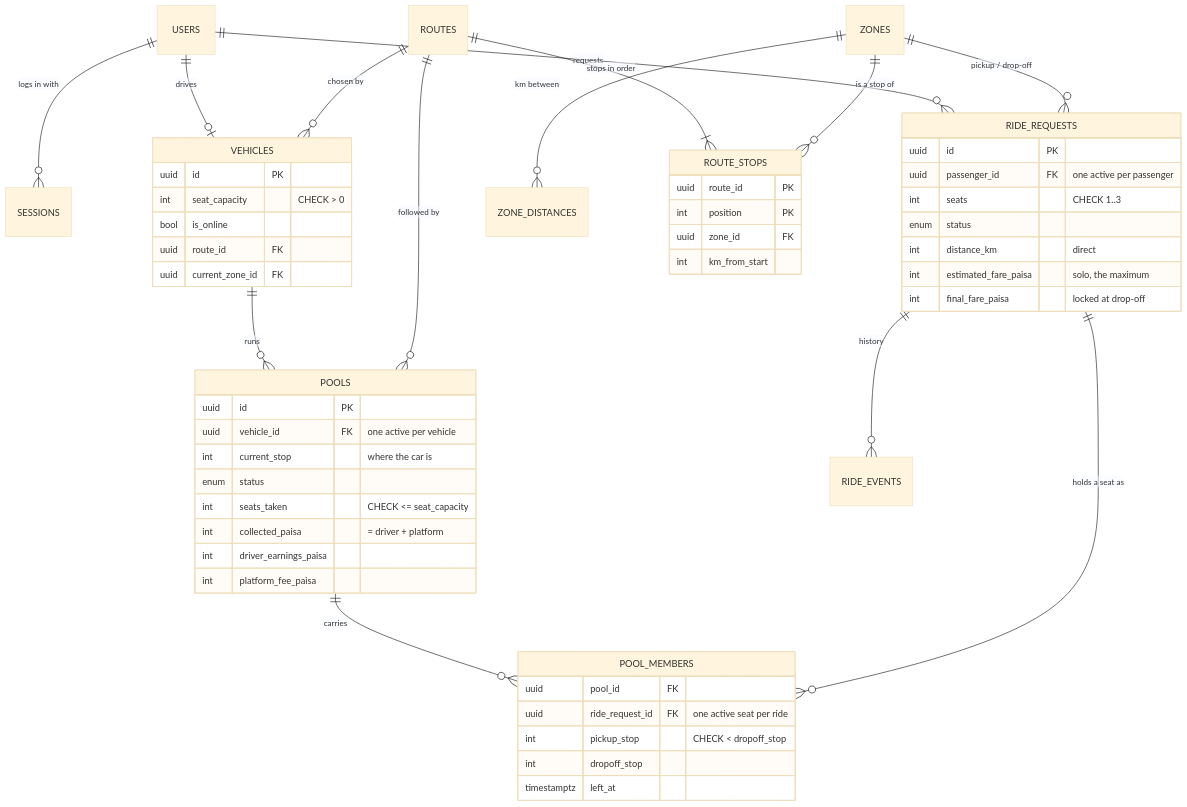
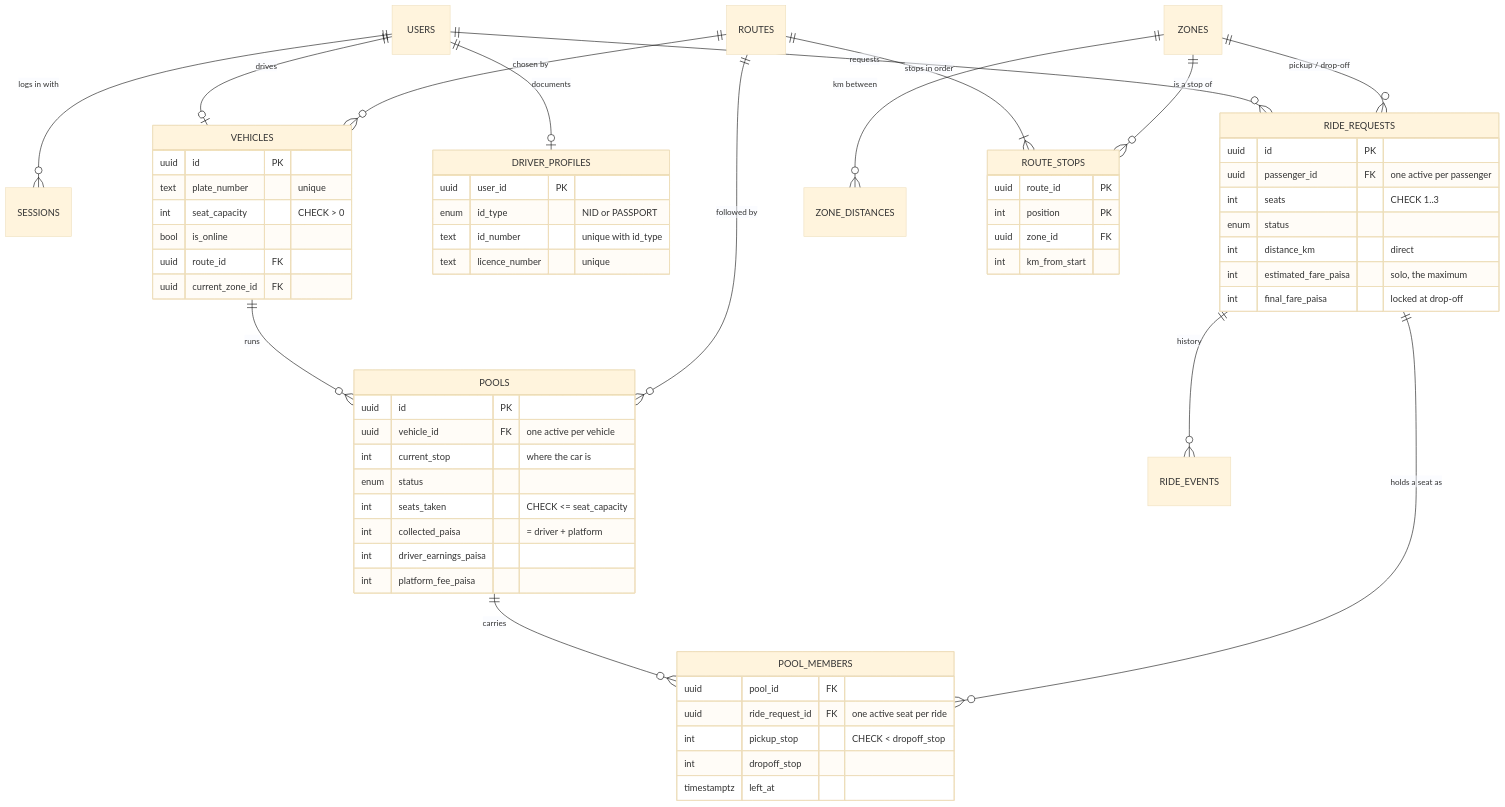
The second of 3 diagrams in README.md (istiak133/Tesla), drawn with Mermaid (base theme) before and after one commit. The commit also changed other lines of this file and 17 other files, not shown here.

Commit message:
docs(auth): D-015, assumptions, README, diagrams and new screenshots

````diff
--- a/README.md
+++ b/README.md
@@ -96,56 +106,64 @@
 ```mermaid
 erDiagram
     USERS ||--o{ SESSIONS : "logs in with"
     USERS ||--o| VEHICLES : "drives"
+    USERS ||--o| DRIVER_PROFILES : "documents"
     USERS ||--o{ RIDE_REQUESTS : "requests"
     ZONES ||--o{ ZONE_DISTANCES : "km between"
     ROUTES ||--|{ ROUTE_STOPS : "stops in order"
     ZONES ||--o{ ROUTE_STOPS : "is a stop of"
     ROUTES ||--o{ VEHICLES : "chosen by"
     VEHICLES ||--o{ POOLS : "runs"
     ROUTES ||--o{ POOLS : "followed by"
     POOLS ||--o{ POOL_MEMBERS : "carries"
     RIDE_REQUESTS ||--o{ POOL_MEMBERS : "holds a seat as"
     RIDE_REQUESTS ||--o{ RIDE_EVENTS : "history"
     ZONES ||--o{ RIDE_REQUESTS : "pickup / drop-off"
 
+    DRIVER_PROFILES {
+        uuid user_id PK
+        enum id_type "NID or PASSPORT"
+        text id_number "unique with id_type"
+        text licence_number "unique"
+    }
     VEHICLES {
         uuid id PK
+        text plate_number "unique"
         int seat_capacity "CHECK > 0"
         bool is_online
         uuid route_id FK
         uuid current_zone_id FK
     }
     POOLS {
         uuid id PK
         uuid vehicle_id FK "one active per vehicle"
         int current_stop "where the car is"
         enum status
         int seats_taken "CHECK <= seat_capacity"
         int collected_paisa "= driver + platform"
         int driver_earnings_paisa
         int platform_fee_paisa
     }
     RIDE_REQUESTS {
         uuid id PK
         uuid passenger_id FK "one active per passenger"
         int seats "CHECK 1..3"
         enum status
         int distance_km "direct"
         int estimated_fare_paisa "solo, the maximum"
         int final_fare_paisa "locked at drop-off"
     }
     POOL_MEMBERS {
         uuid pool_id FK
         uuid ride_request_id FK "one active seat per ride"
         int pickup_stop "CHECK < dropoff_stop"
         int dropoff_stop
         timestamptz left_at
     }
     ROUTE_STOPS {
         uuid route_id PK
         int position PK
         uuid zone_id FK
         int km_from_start
     }
 ```
````
